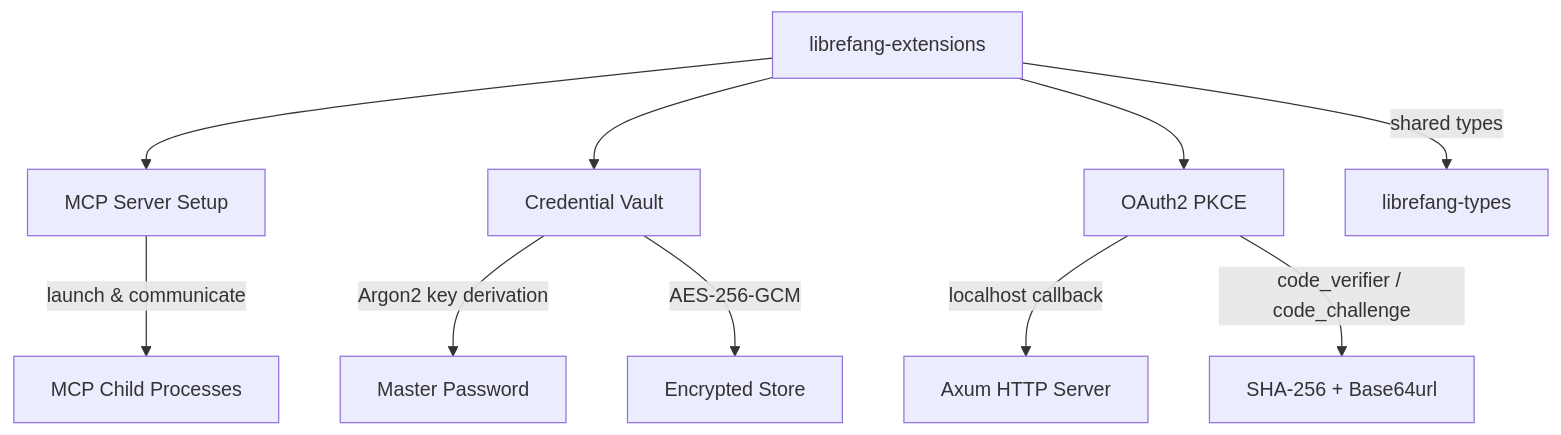
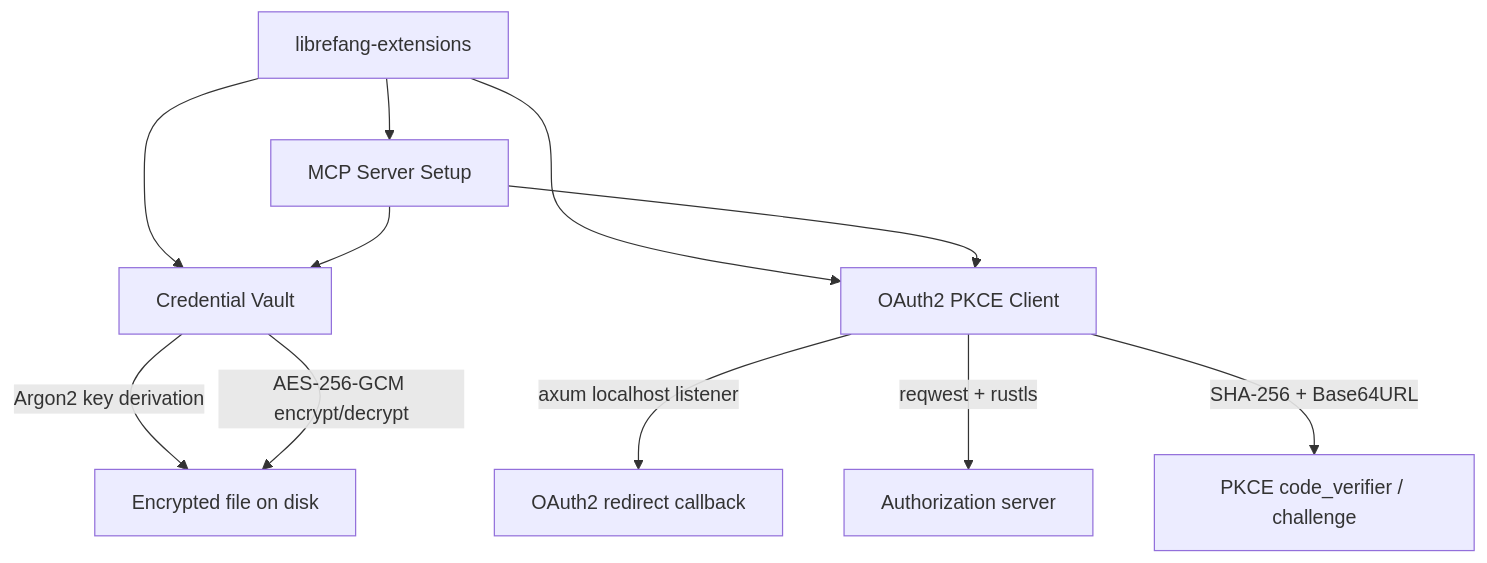
Before and after one commit to leszek3737/librefang-WIki: the diagram in other-librefang-extensions.md, drawn with Mermaid. The commit also changed other lines of this file and 98 other files, not shown here.

````diff
--- a/other-librefang-extensions.md
+++ b/other-librefang-extensions.md
@@ -21,12 +13,13 @@
 ```mermaid
 graph TD
     A[librefang-extensions] --> B[MCP Server Setup]
     A --> C[Credential Vault]
-    A --> D[OAuth2 PKCE]
-    C -->|Argon2 key derivation| E[Master Password]
-    C -->|AES-256-GCM| F[Encrypted Store]
-    D -->|localhost callback| G[Axum HTTP Server]
-    D -->|code_verifier / code_challenge| H[SHA-256 + Base64url]
-    B -->|launch & communicate| I[MCP Child Processes]
-    A -->|shared types| J[librefang-types]
+    A --> D[OAuth2 PKCE Client]
+    C -->|Argon2 key derivation| E[Encrypted file on disk]
+    C -->|AES-256-GCM encrypt/decrypt| E
+    D -->|axum localhost listener| F[OAuth2 redirect callback]
+    D -->|reqwest + rustls| G[Authorization server]
+    D -->|SHA-256 + Base64URL| H[PKCE code_verifier / challenge]
+    B --> C
+    B --> D
 ```
````
